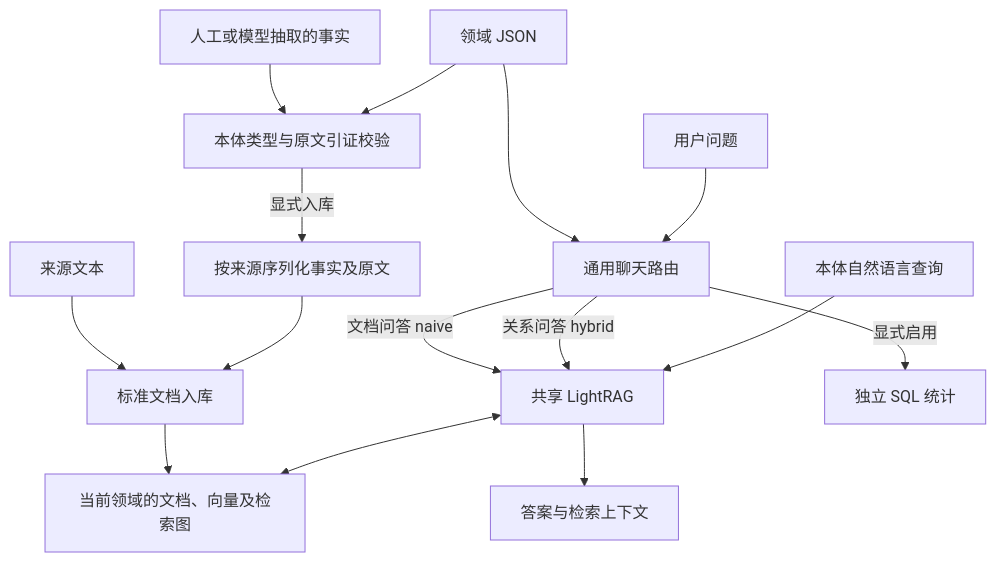
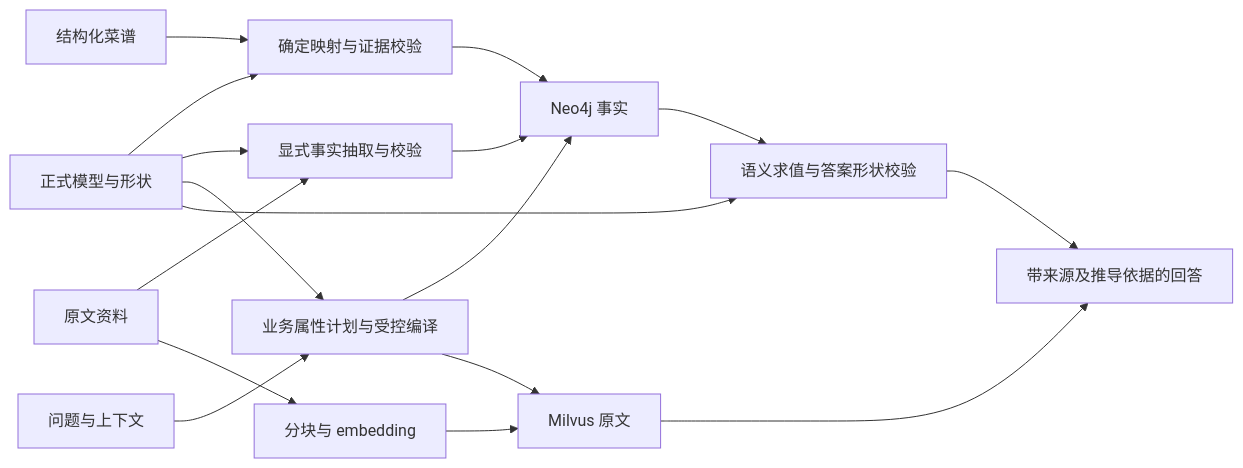
Before and after one commit to skygazer42/GustoBot: the diagram in README.md, drawn with Mermaid. The commit also changed other lines of this file and 385 other files, not shown here.

````diff
--- a/README.md
+++ b/README.md
@@ -29,17 +20,19 @@
 ```mermaid
-flowchart TD
-    D[领域 JSON] --> R[通用聊天路由]
-    U[用户问题] --> R
-    R -->|文档问答 naive| L[共享 LightRAG]
-    R -->|关系问答 hybrid| L
-    Q[本体自然语言查询] --> L
-    T[来源文本] --> I[标准文档入库]
-    F[人工或模型抽取的事实] --> V[本体类型与原文引证校验]
-    D --> V
-    V -->|显式入库| S[按来源序列化事实及原文]
-    S --> I
-    I --> X[当前领域的文档、向量及检索图]
-    L <--> X
-    L --> A[答案与检索上下文]
-    R -->|显式启用| SQL[独立 SQL 统计]
+flowchart LR
+    S[结构化菜谱] --> M[确定映射与证据校验]
+    D[原文资料] --> E[显式事实抽取与校验]
+    M --> G[Neo4j 事实]
+    E --> G
+    D --> V[分块与 embedding]
+    V --> K[Milvus 原文]
+    O[正式模型与形状] --> M
+    O --> E
+    O --> P[业务属性计划与受控编译]
+    U[问题与上下文] --> P
+    P --> G
+    P --> K
+    G --> C[语义求值与答案形状校验]
+    O --> C
+    C --> A[带来源及推导依据的回答]
+    K --> A
 ```
````
